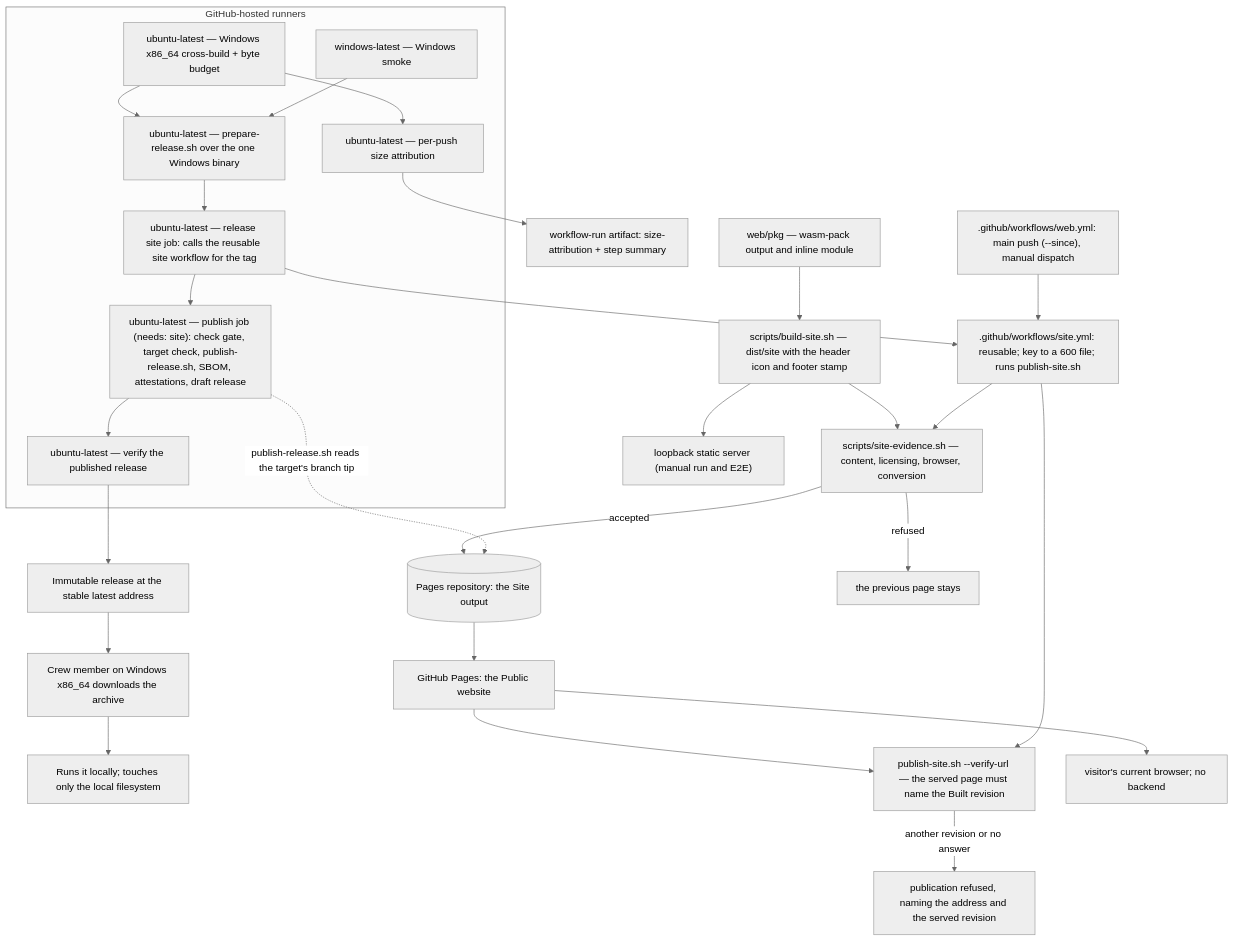
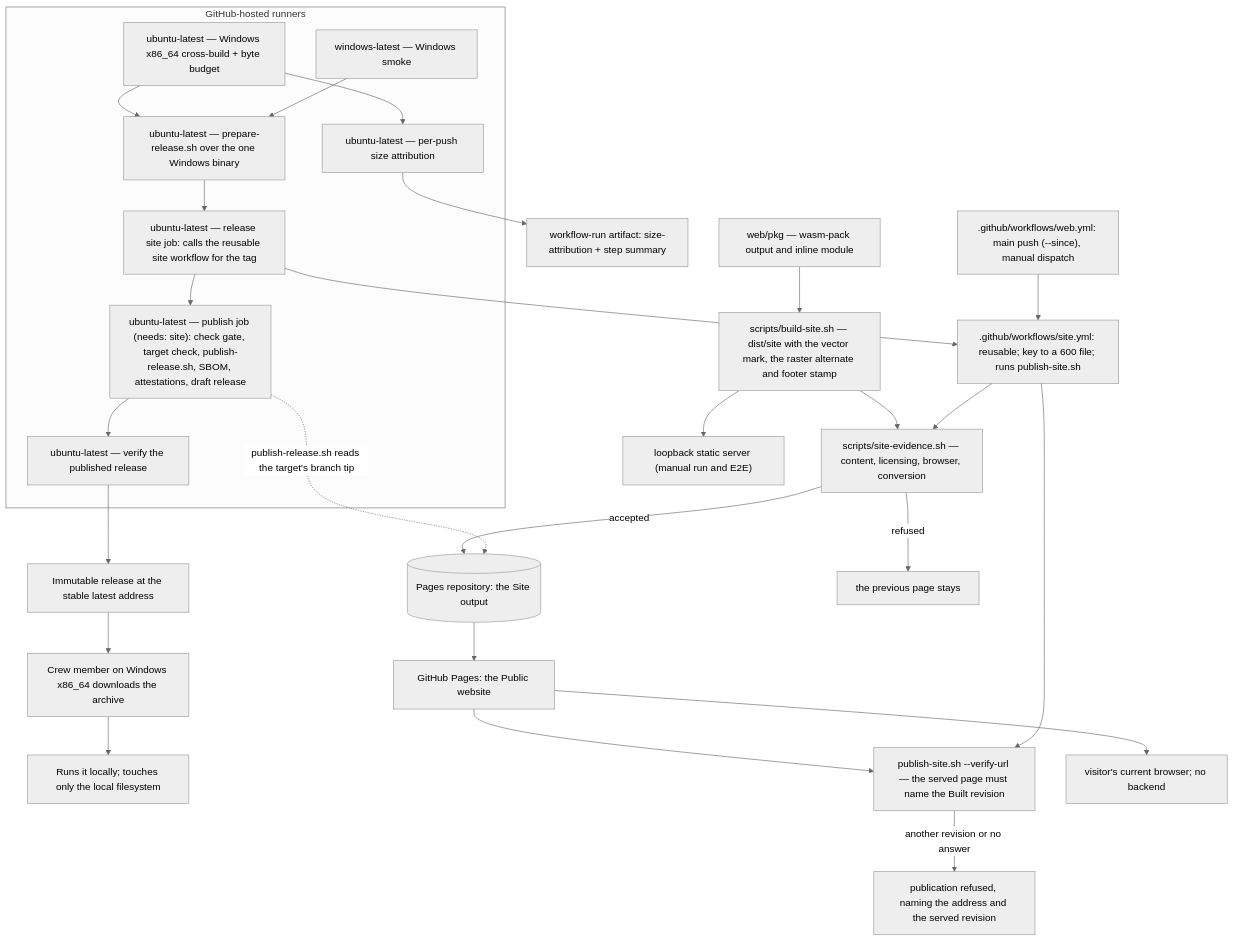
Before and after one commit to duty2cal/duty2cal: the first of 2 diagrams in docs/arc42/07-deployment-view.md, drawn with Mermaid (neutral theme). The commit also changed other lines of this file and 14 other files, not shown here.

Commit message:
chore(add-vector-brand-assets): record the reviewed plan for the vector brand mark

````diff
--- a/docs/arc42/07-deployment-view.md
+++ b/docs/arc42/07-deployment-view.md
@@ -23,34 +23,34 @@
 ```mermaid
 flowchart TB
   subgraph host["GitHub-hosted runners"]
     b1["ubuntu-latest — Windows x86_64 cross-build + byte budget"]
     attr["ubuntu-latest — per-push size attribution"]
     sm["windows-latest — Windows smoke"]
     prep["ubuntu-latest — prepare-release.sh over the one Windows binary"]
     sitejob["ubuntu-latest — release site job: calls the reusable site workflow for the tag"]
     pub["ubuntu-latest — publish job (needs: site): check gate, target check, publish-release.sh, SBOM, attestations, draft release"]
     ver["ubuntu-latest — verify the published release"]
   end
   b1 --> prep
   b1 --> attr
   attr --> art["workflow-run artifact: size-attribution + step summary"]
   sm --> prep
   prep --> sitejob --> pub --> ver
   ver --> rel["Immutable release at the stable latest address"]
   rel --> dl["Crew member on Windows x86_64 downloads the archive"]
   dl --> run["Runs it locally; touches only the local filesystem"]
-  bundle["web/pkg — wasm-pack output and inline module"] --> assemble["scripts/build-site.sh — dist/site with the header icon and footer stamp"]
+  bundle["web/pkg — wasm-pack output and inline module"] --> assemble["scripts/build-site.sh — dist/site with the vector mark, the raster alternate and footer stamp"]
   assemble --> gate["scripts/site-evidence.sh — content, licensing, browser, conversion"]
   gate -->|"accepted"| pages[("Pages repository: the Site output")]
   gate -->|"refused"| prev["the previous page stays"]
   pages --> served["GitHub Pages: the Public website"]
   served --> verify["publish-site.sh --verify-url — the served page must name the Built revision"]
   verify -->|"another revision or no answer"| refusedserve["publication refused, naming the address and the served revision"]
   served --> visitor["visitor's current browser; no backend"]
   assemble --> loop["loopback static server (manual run and E2E)"]
   webwf[".github/workflows/web.yml: main push (--since), manual dispatch"] --> sitewf
   sitejob --> sitewf
   sitewf[".github/workflows/site.yml: reusable; key to a 600 file; runs publish-site.sh"] --> gate
   sitewf --> verify
   pub -.->|"publish-release.sh reads the target's branch tip"| pages
 ```
````
